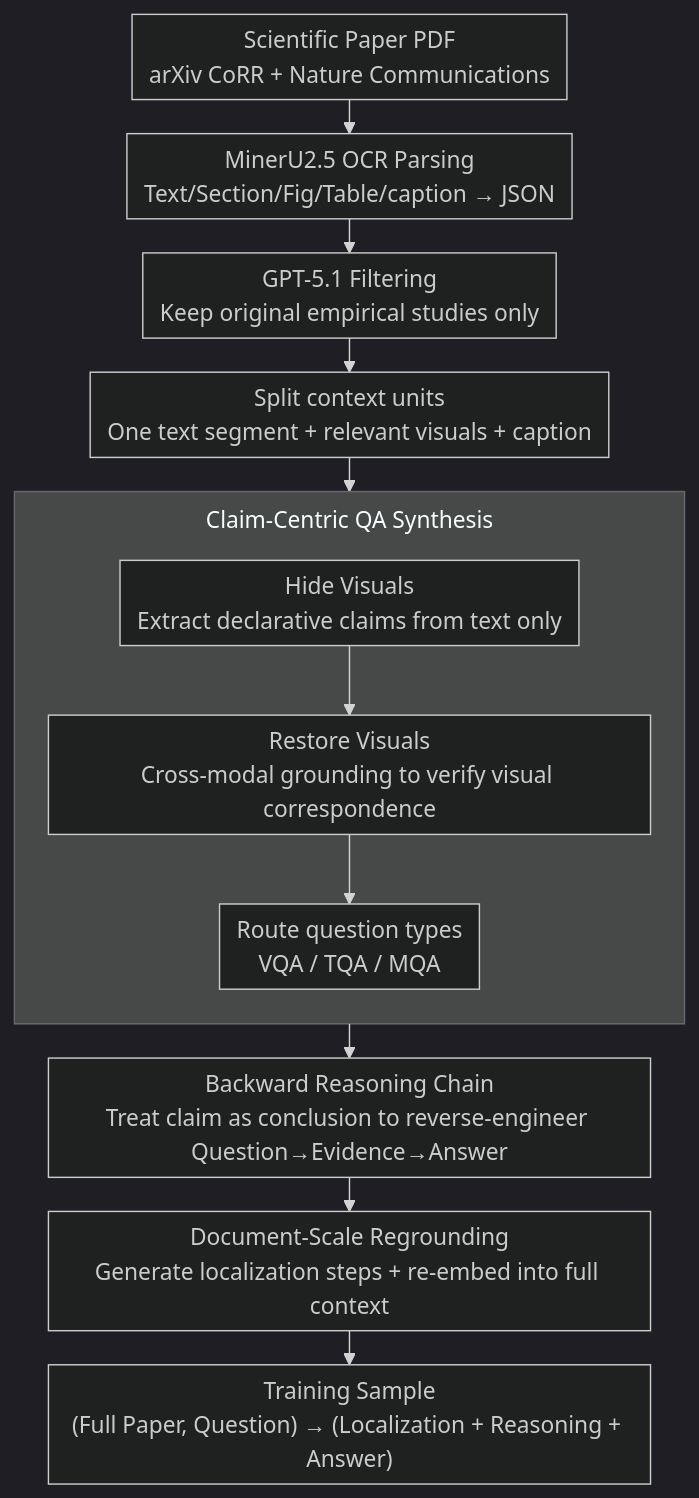
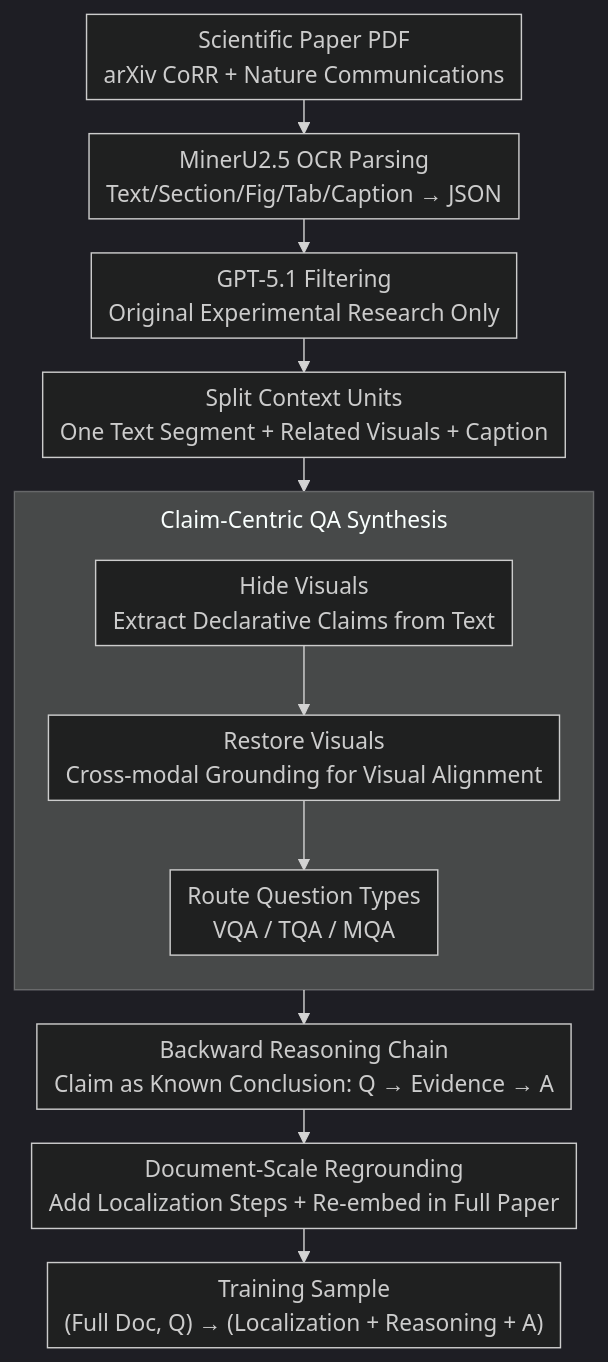
One commit to zhaoyang97/Paper-Notes-en changed the diagram in docs/ACL2026/vlm_reasoning/scimdr_advancing_scientific_multimodal_document_reasoning.md. Above: the diagram before and after it, drawn with Mermaid (dark theme). The commit also changed other lines of this file and 5084 other files, not shown here.

````diff
--- a/docs/ACL2026/vlm_reasoning/scimdr_advancing_scientific_multimodal_document_reasoning.md
+++ b/docs/ACL2026/vlm_reasoning/scimdr_advancing_scientific_multimodal_document_reasoning.md
@@ -44,16 +44,16 @@
 ```mermaid
 %%{init: {'flowchart': {'rankSpacing': 24, 'nodeSpacing': 28, 'padding': 6, 'wrappingWidth': 400, 'subGraphTitleMargin': {'top': 8, 'bottom': 16}}}}%%
 flowchart TD
-    A["Scientific Paper PDF<br/>arXiv CoRR + Nature Communications"] --> B["MinerU2.5 OCR Parsing<br/>Text/Section/Fig/Table/caption → JSON"]
-    B --> C["GPT-5.1 Filtering<br/>Keep original empirical studies only"]
-    C --> D["Split context units<br/>One text segment + relevant visuals + caption"]
+    A["Scientific Paper PDF<br/>arXiv CoRR + Nature Communications"] --> B["MinerU2.5 OCR Parsing<br/>Text/Section/Fig/Tab/Caption → JSON"]
+    B --> C["GPT-5.1 Filtering<br/>Original Experimental Research Only"]
+    C --> D["Split Context Units<br/>One Text Segment + Related Visuals + Caption"]
     subgraph S1["Claim-Centric QA Synthesis"]
         direction TB
-        E["Hide Visuals<br/>Extract declarative claims from text only"] --> F["Restore Visuals<br/>Cross-modal grounding to verify visual correspondence"]
-        F --> G["Route question types<br/>VQA / TQA / MQA"]
+        E["Hide Visuals<br/>Extract Declarative Claims from Text"] --> F["Restore Visuals<br/>Cross-modal Grounding for Visual Alignment"]
+        F --> G["Route Question Types<br/>VQA / TQA / MQA"]
     end
     D --> S1
-    S1 --> H["Backward Reasoning Chain<br/>Treat claim as conclusion to reverse-engineer Question→Evidence→Answer"]
-    H --> I["Document-Scale Regrounding<br/>Generate localization steps + re-embed into full context"]
-    I --> J["Training Sample<br/>(Full Paper, Question) → (Localization + Reasoning + Answer)"]
+    S1 --> H["Backward Reasoning Chain<br/>Claim as Known Conclusion: Q → Evidence → A"]
+    H --> I["Document-Scale Regrounding<br/>Add Localization Steps + Re-embed in Full Paper"]
+    I --> J["Training Sample<br/>(Full Doc, Q) → (Localization + Reasoning + A)"]
 ```
````
